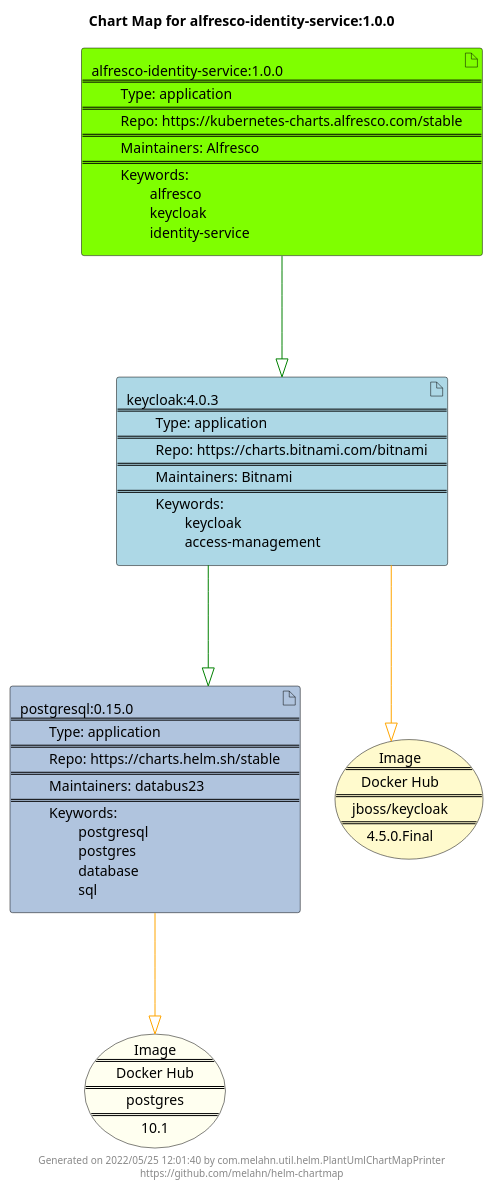
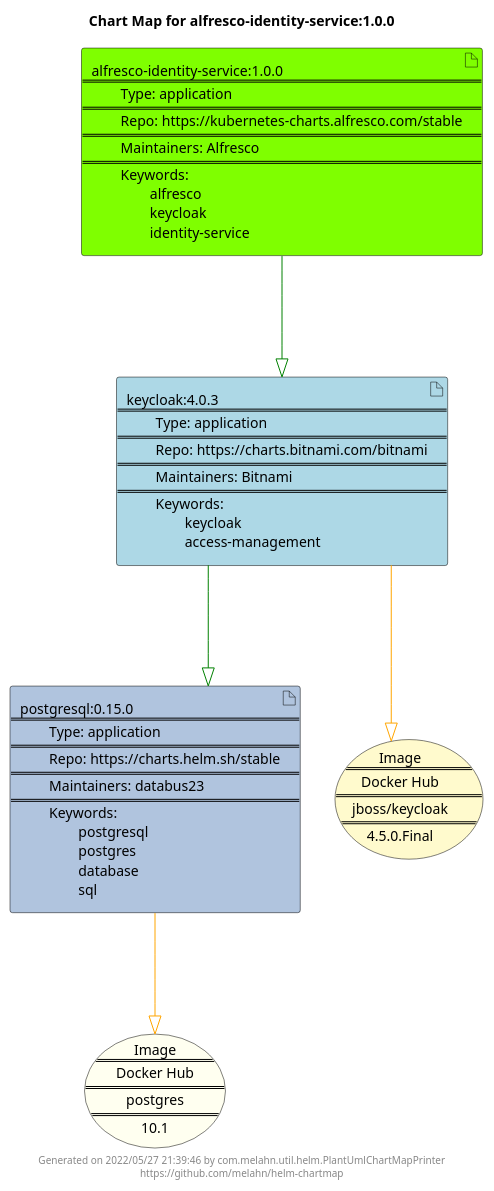
One commit to melahn/helm-chartmap changed the diagram in docs/alfresco-identity-service/alfresco-identity-service-1.0.0.puml. Above: the diagram before and after it, drawn with PlantUML. The commit also changed 63 other files, not shown here.

Commit message:
Update Example Chart Maps as part of GitHub build

```diff
--- a/docs/alfresco-identity-service/alfresco-identity-service-1.0.0.puml
+++ b/docs/alfresco-identity-service/alfresco-identity-service-1.0.0.puml
@@ -1,27 +1,27 @@
 @startuml
 skinparam linetype ortho
 skinparam backgroundColor white
 skinparam usecaseBorderColor black
 skinparam usecaseArrowColor LightSlateGray
 skinparam artifactBorderColor black
 skinparam artifactArrowColor LightSlateGray
 
 title Chart Map for alfresco-identity-service:1.0.0
 
 'There are 3 referenced Helm Charts
 artifact "keycloak:4.0.3\n====\n\tType: application\n====\n\tRepo: https://charts.bitnami.com/bitnami\n====\n\tMaintainers: Bitnami\n====\n\tKeywords: \n\t\tkeycloak\n\t\taccess-management" as keycloak_4_0_3 #LightBlue
 artifact "alfresco-identity-service:1.0.0\n====\n\tType: application\n====\n\tRepo: https://kubernetes-charts.alfresco.com/stable\n====\n\tMaintainers: Alfresco\n====\n\tKeywords: \n\t\talfresco\n\t\tkeycloak\n\t\tidentity-service" as alfresco_identity_service_1_0_0 #Chartreuse
 artifact "postgresql:0.15.0\n====\n\tType: application\n====\n\tRepo: https://charts.helm.sh/stable\n====\n\tMaintainers: databus23\n====\n\tKeywords: \n\t\tpostgresql\n\t\tpostgres\n\t\tdatabase\n\t\tsql" as postgresql_0_15_0 #LightSteelBlue
 
 'There are 2 referenced Docker Images
 usecase "Image\n====\nDocker Hub\n====\npostgres\n====\n10.1" as postgres_10_1 #Ivory
 usecase "Image\n====\nDocker Hub\n====\njboss/keycloak\n====\n4.5.0.Final" as jboss_keycloak_4_5_0_Final #LemonChiffon
 
 'Chart Dependencies
 alfresco_identity_service_1_0_0--[#green]-|>keycloak_4_0_3
 keycloak_4_0_3--[#green]-|>postgresql_0_15_0
 keycloak_4_0_3--[#orange]-|>jboss_keycloak_4_5_0_Final
 postgresql_0_15_0--[#orange]-|>postgres_10_1
 
-center footer Generated on 2022/05/25 12:01:40 by com.melahn.util.helm.PlantUmlChartMapPrinter\nhttps://github.com/melahn/helm-chartmap
+center footer Generated on 2022/05/27 21:39:46 by com.melahn.util.helm.PlantUmlChartMapPrinter\nhttps://github.com/melahn/helm-chartmap
 @enduml
```
